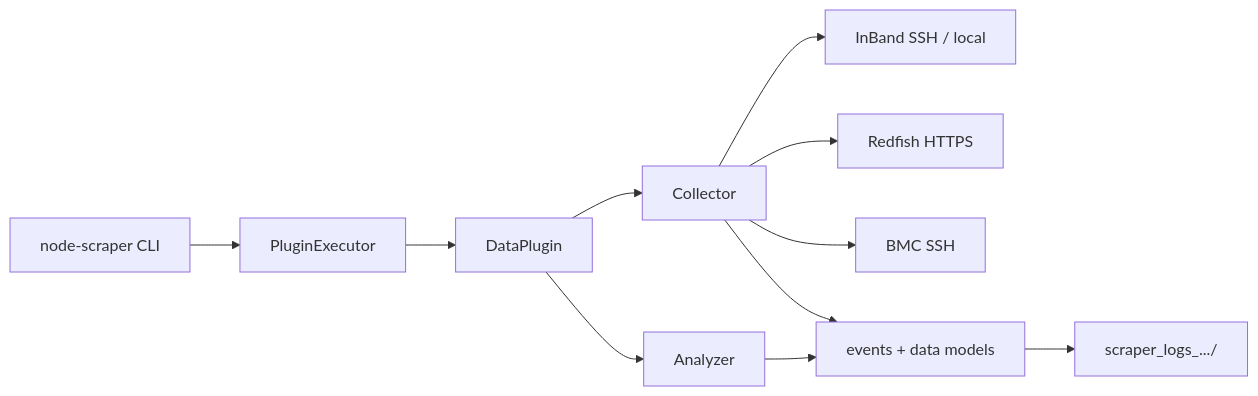
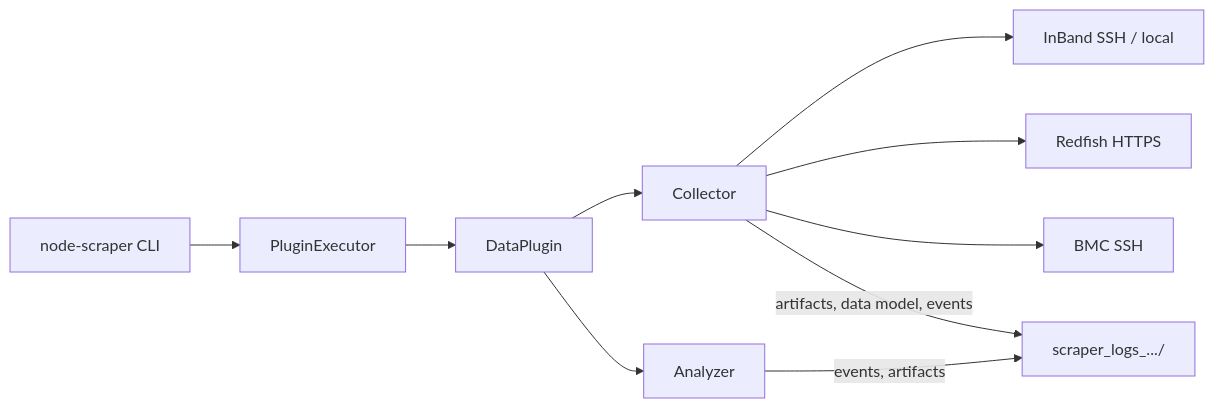
Before and after one commit to amd/node-scraper: the diagram in README.md, drawn with Mermaid. The commit also changed other lines of this file and 6 other files, not shown here.

````diff
--- a/README.md
+++ b/README.md
@@ -21,13 +21,12 @@
 ```mermaid
 flowchart LR
     CLI[node-scraper CLI] --> PE[PluginExecutor]
     PE --> P[DataPlugin]
     P --> C[Collector]
     P --> A[Analyzer]
     C --> IB[InBand SSH / local]
     C --> RF[Redfish HTTPS]
     C --> BS[BMC SSH]
-    C --> E[events + data models]
-    A --> E
-    E --> LOG[scraper_logs_.../]
+    C -->|artifacts, data model, events| DISK[scraper_logs_.../]
+    A -->|events, artifacts| DISK
 ```
````
